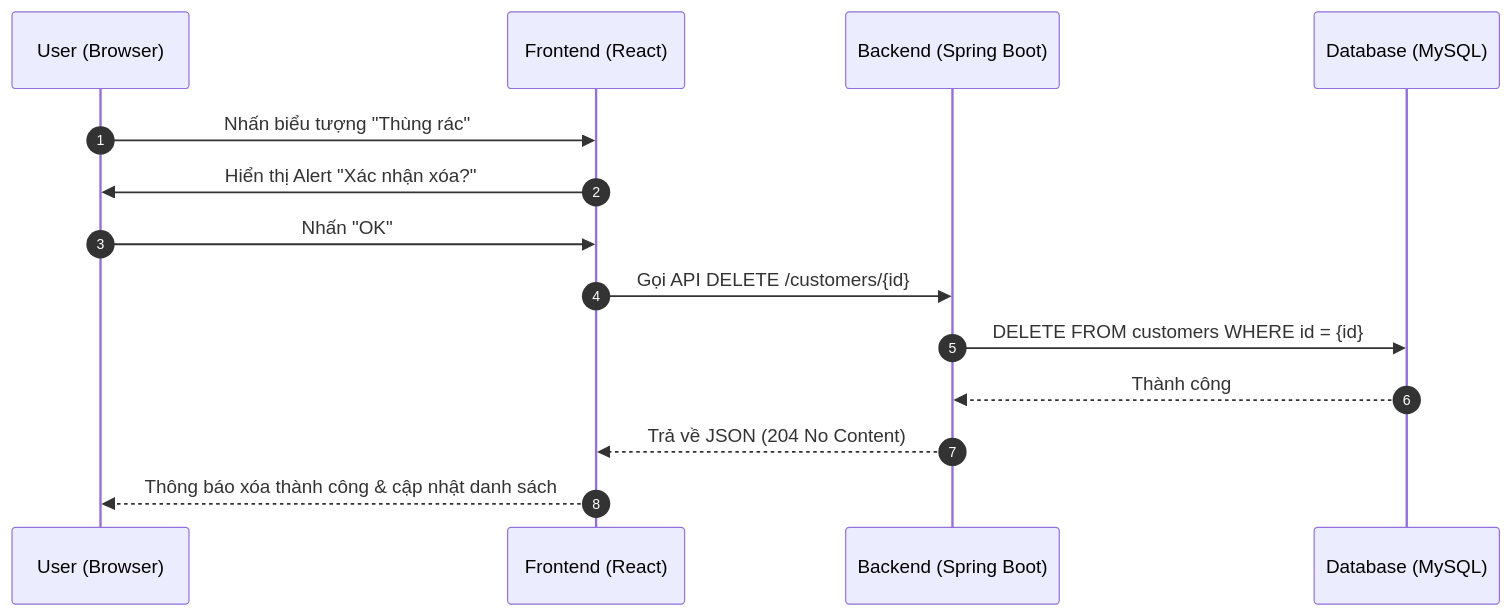
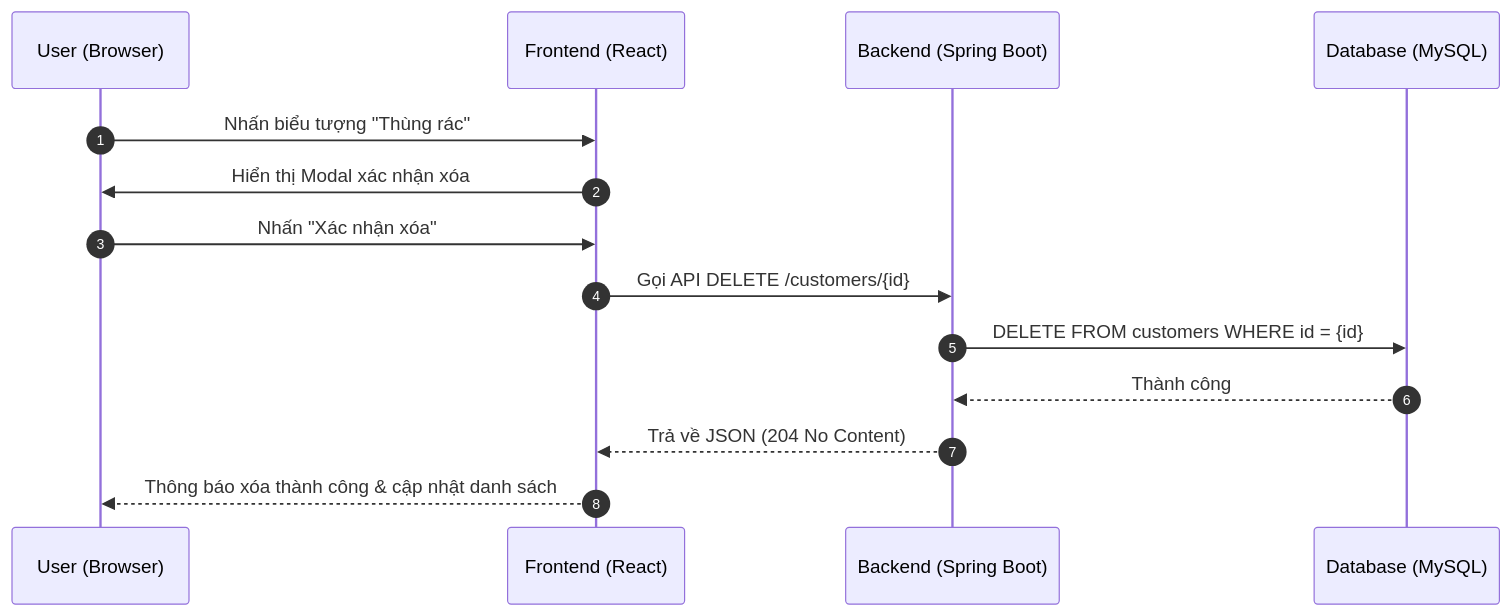
Before and after one commit to toandev2505/customer-bds-fe: the seventh of 7 diagrams in README.md, drawn with Mermaid. The commit also changed other lines of this file, not shown here.

````diff
--- a/README.md
+++ b/README.md
@@ -146,17 +146,17 @@
 ```mermaid
 sequenceDiagram
     autonumber
     participant U as User (Browser)
     participant FE as Frontend (React)
     participant BE as Backend (Spring Boot)
     participant DB as Database (MySQL)
 
     U->>FE: Nhấn biểu tượng "Thùng rác"
-    FE->>U: Hiển thị Alert "Xác nhận xóa?"
-    U->>FE: Nhấn "OK"
+    FE->>U: Hiển thị Modal xác nhận xóa
+    U->>FE: Nhấn "Xác nhận xóa"
     FE->>BE: Gọi API DELETE /customers/{id}
     BE->>DB: DELETE FROM customers WHERE id = {id}
     DB-->>BE: Thành công
     BE-->>FE: Trả về JSON (204 No Content)
     FE-->>U: Thông báo xóa thành công & cập nhật danh sách
 ```
````
